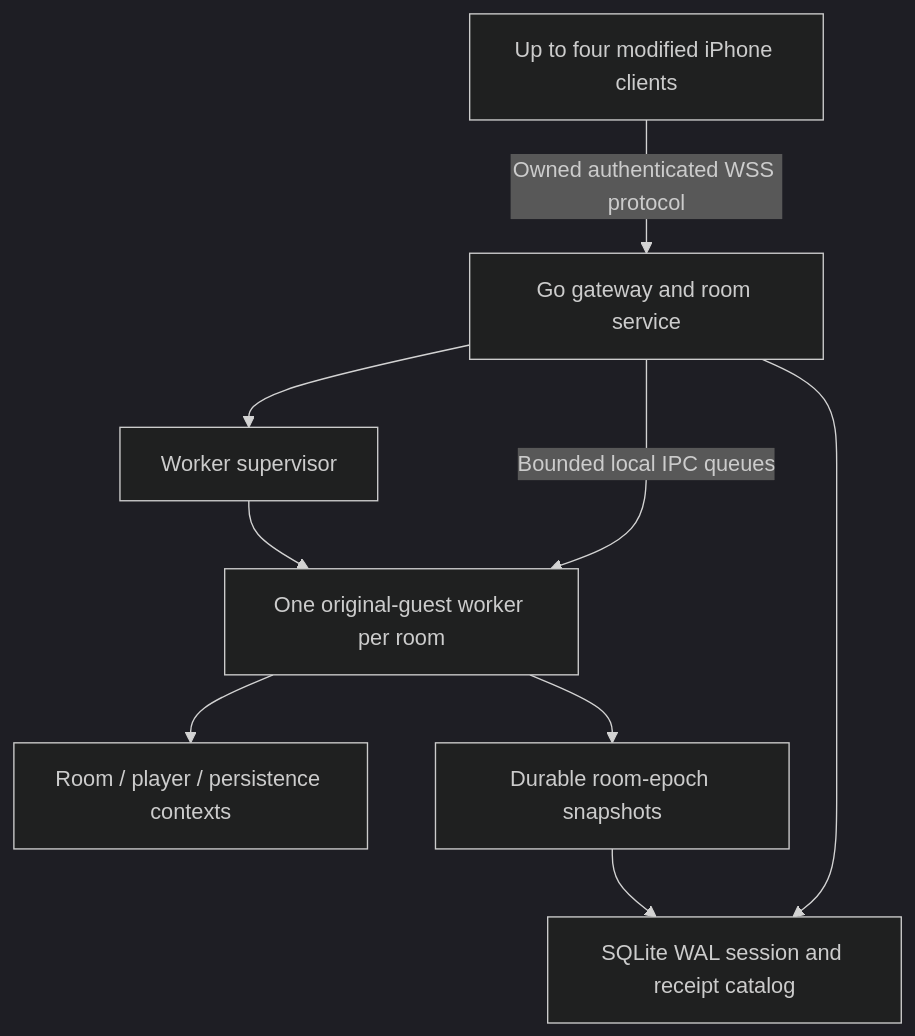
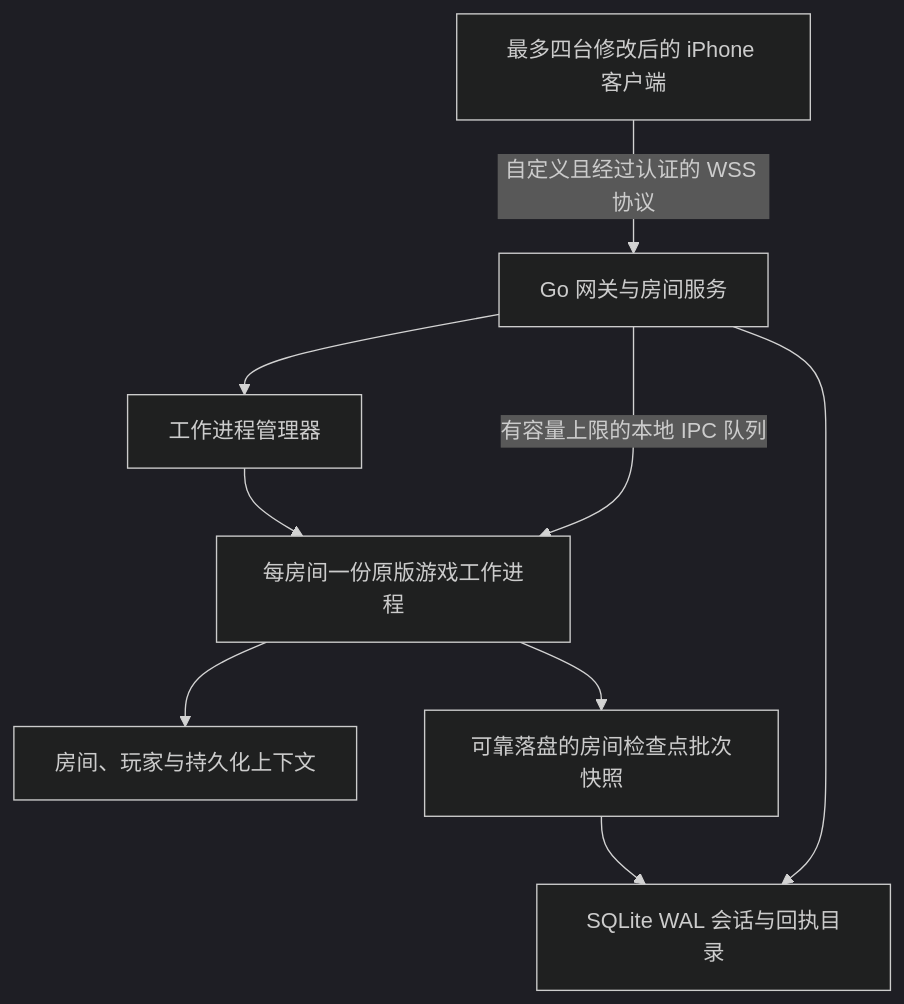
Before and after one commit to codetrek/d2r-mobile: the second of 2 diagrams in docs/_drafts/d2r-server/2026-10-20-d2r-server-design.md, drawn with Mermaid (dark theme). The commit also changed other lines of this file and 1 other file, not shown here.

````diff
--- a/docs/_drafts/d2r-server/2026-10-20-d2r-server-design.md
+++ b/docs/_drafts/d2r-server/2026-10-20-d2r-server-design.md
@@ -94,11 +98,11 @@
 ```mermaid
 flowchart TB
-  Phones[Up to four modified iPhone clients] -->|Owned authenticated WSS protocol| Gateway[Go gateway and room service]
-  Gateway --> Supervisor[Worker supervisor]
-  Gateway -->|Bounded local IPC queues| Worker[One original-guest worker per room]
+  Phones[最多四台修改后的 iPhone 客户端] -->|自定义且经过认证的 WSS 协议| Gateway[Go 网关与房间服务]
+  Gateway --> Supervisor[工作进程管理器]
+  Gateway -->|有容量上限的本地 IPC 队列| Worker[每房间一份原版游戏工作进程]
   Supervisor --> Worker
-  Worker --> Context[Room / player / persistence contexts]
-  Worker --> Snapshots[Durable room-epoch snapshots]
-  Gateway --> Catalog[SQLite WAL session and receipt catalog]
+  Worker --> Context[房间、玩家与持久化上下文]
+  Worker --> Snapshots[可靠落盘的房间检查点批次快照]
+  Gateway --> Catalog[SQLite WAL 会话与回执目录]
   Snapshots --> Catalog
 ```
````
